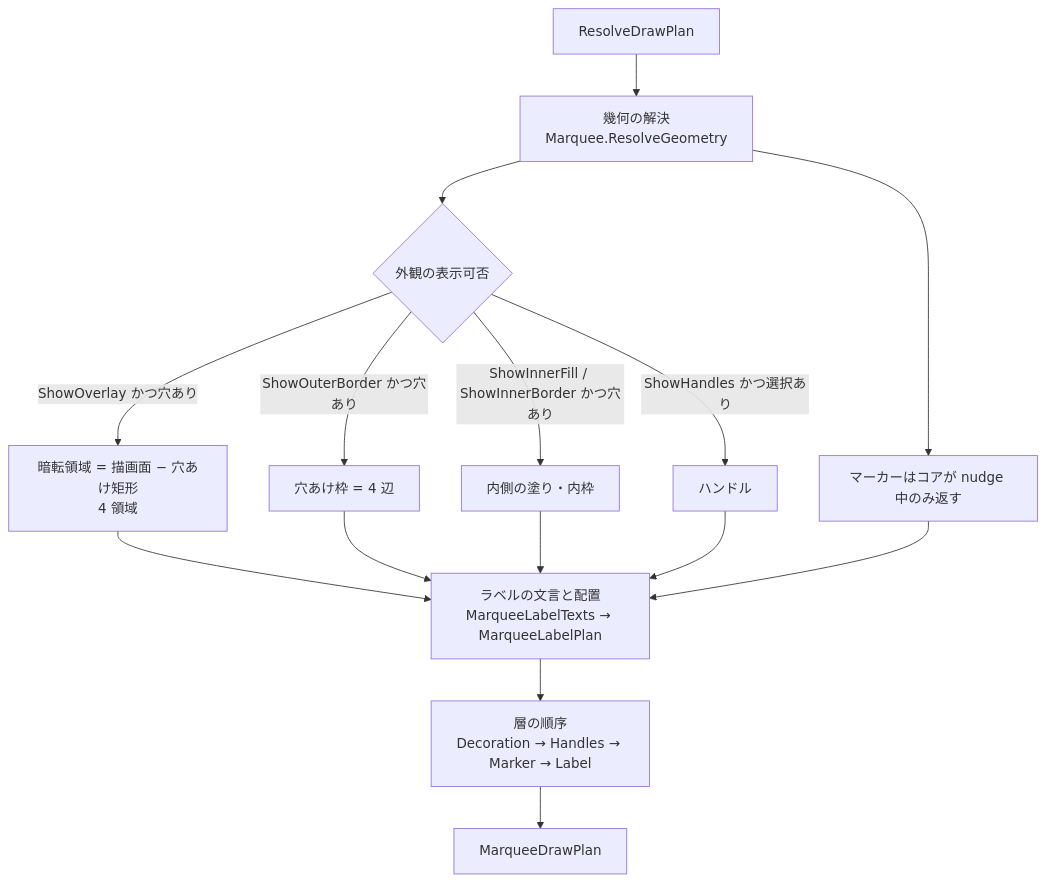
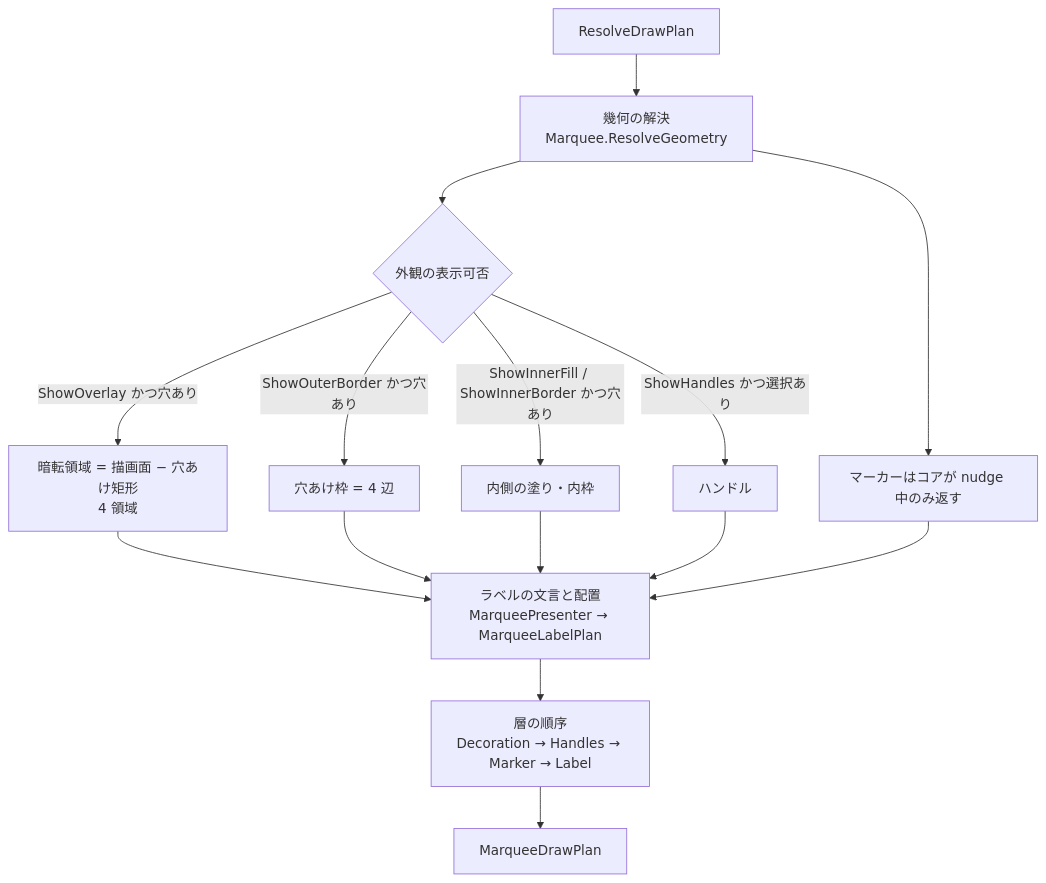
The second of 2 diagrams in src/Feature.Marquee.Presenter/SPEC_System.md (tomokuni/SaveEvidence), drawn with Mermaid before and after one commit. The commit also changed other lines of this file and 24 other files, not shown here.

````diff
--- a/src/Feature.Marquee.Presenter/SPEC_System.md
+++ b/src/Feature.Marquee.Presenter/SPEC_System.md
@@ -75,17 +75,17 @@
 ```mermaid
 flowchart TD
     A[ResolveDrawPlan] --> B[幾何の解決<br/>Marquee.ResolveGeometry]
     B --> C{外観の表示可否}
     C -->|ShowOverlay かつ穴あり| D[暗転領域 = 描画面 − 穴あけ矩形<br/>4 領域]
     C -->|ShowOuterBorder かつ穴あり| E[穴あけ枠 = 4 辺]
     C -->|ShowInnerFill / ShowInnerBorder かつ穴あり| F[内側の塗り・内枠]
     C -->|ShowHandles かつ選択あり| G[ハンドル]
     B --> H[マーカーはコアが nudge 中のみ返す]
-    D --> I[ラベルの文言と配置<br/>MarqueeLabelTexts → MarqueeLabelPlan]
+    D --> I[ラベルの文言と配置<br/>MarqueePresenter → MarqueeLabelPlan]
     E --> I
     F --> I
     G --> I
     H --> I
     I --> J[層の順序<br/>Decoration → Handles → Marker → Label]
     J --> K[MarqueeDrawPlan]
 ```
````
